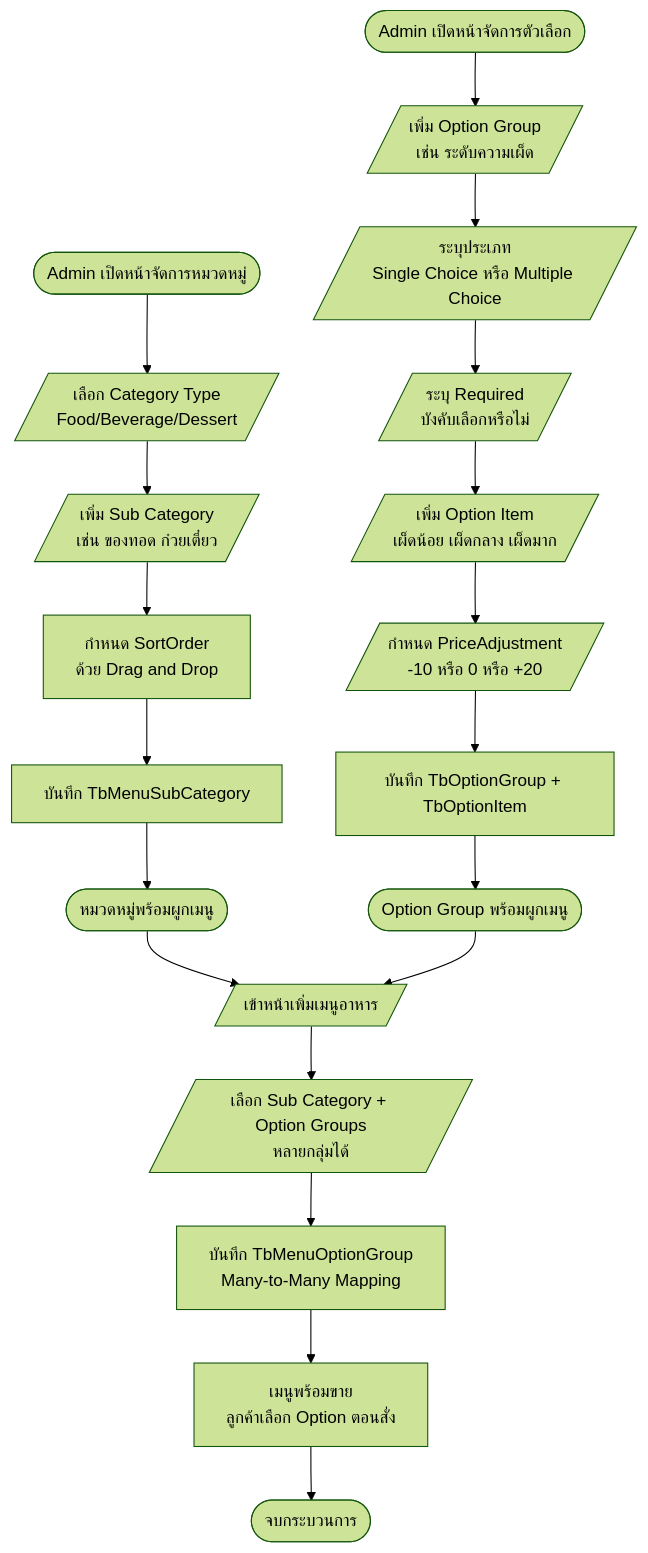
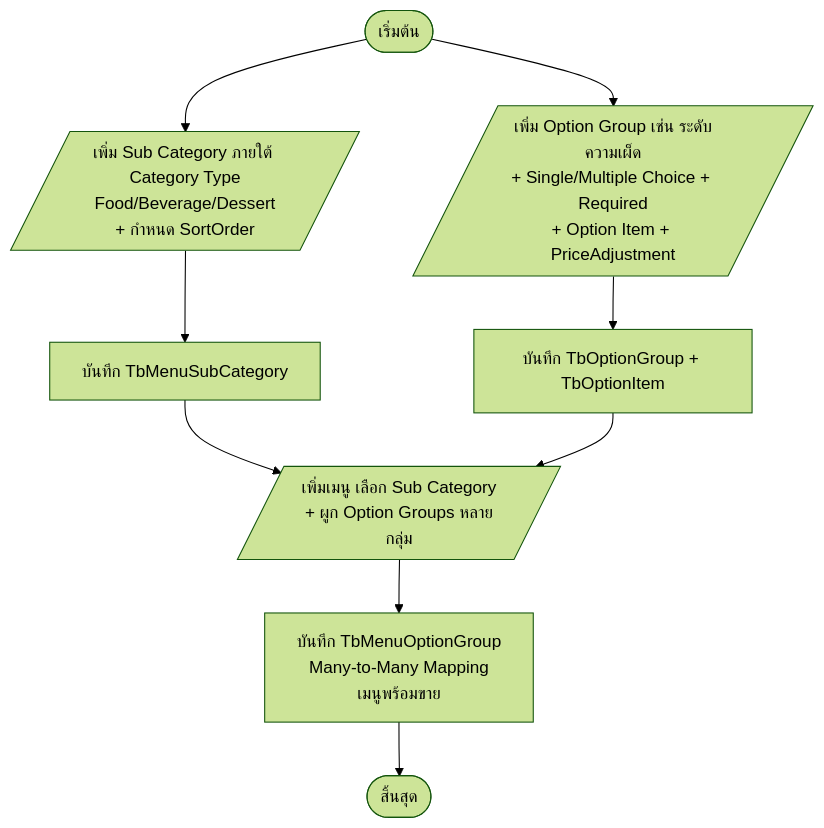
One commit to TurkPhakim/RBMS-POS-Website changed the sixth of 28 diagrams in doc/report/05-chapter-3-design.md. Above: the diagram before and after it, drawn with Mermaid (forest theme). The commit also changed other lines of this file and 7 other files, not shown here.

````diff
--- a/doc/report/05-chapter-3-design.md
+++ b/doc/report/05-chapter-3-design.md
@@ -394,21 +389,11 @@
 ```mermaid
 flowchart TD
-    A([Admin เปิดหน้าจัดการหมวดหมู่]) --> B[/เลือก Category Type<br/>Food/Beverage/Dessert/]
-    B --> C[/เพิ่ม Sub Category<br/>เช่น ของทอด ก๋วยเตี๋ยว/]
-    C --> D[กำหนด SortOrder<br/>ด้วย Drag and Drop]
-    D --> E[บันทึก TbMenuSubCategory]
-    E --> F([หมวดหมู่พร้อมผูกเมนู])
-    A2([Admin เปิดหน้าจัดการตัวเลือก]) --> G[/เพิ่ม Option Group<br/>เช่น ระดับความเผ็ด/]
-    G --> H[/ระบุประเภท<br/>Single Choice หรือ Multiple Choice/]
-    H --> I[/ระบุ Required<br/>บังคับเลือกหรือไม่/]
-    I --> J[/เพิ่ม Option Item<br/>เผ็ดน้อย เผ็ดกลาง เผ็ดมาก/]
-    J --> K[/กำหนด PriceAdjustment<br/>-10 หรือ 0 หรือ +20/]
-    K --> L[บันทึก TbOptionGroup + TbOptionItem]
-    L --> M([Option Group พร้อมผูกเมนู])
-    F --> N[/เข้าหน้าเพิ่มเมนูอาหาร/]
-    M --> N
-    N --> O[/เลือก Sub Category + Option Groups<br/>หลายกลุ่มได้/]
-    O --> P[บันทึก TbMenuOptionGroup<br/>Many-to-Many Mapping]
-    P --> Q[เมนูพร้อมขาย<br/>ลูกค้าเลือก Option ตอนสั่ง]
-    Q --> R([จบกระบวนการ])
+    Start([เริ่มต้น]) --> A[/เพิ่ม Sub Category ภายใต้ Category Type<br/>Food/Beverage/Dessert<br/>+ กำหนด SortOrder/]
+    Start --> B[/เพิ่ม Option Group เช่น ระดับความเผ็ด<br/>+ Single/Multiple Choice + Required<br/>+ Option Item + PriceAdjustment/]
+    A --> C[บันทึก TbMenuSubCategory]
+    B --> D[บันทึก TbOptionGroup + TbOptionItem]
+    C --> E[/เพิ่มเมนู เลือก Sub Category<br/>+ ผูก Option Groups หลายกลุ่ม/]
+    D --> E
+    E --> F[บันทึก TbMenuOptionGroup<br/>Many-to-Many Mapping<br/>เมนูพร้อมขาย]
+    F --> End([สิ้นสุด])
 ```
````
